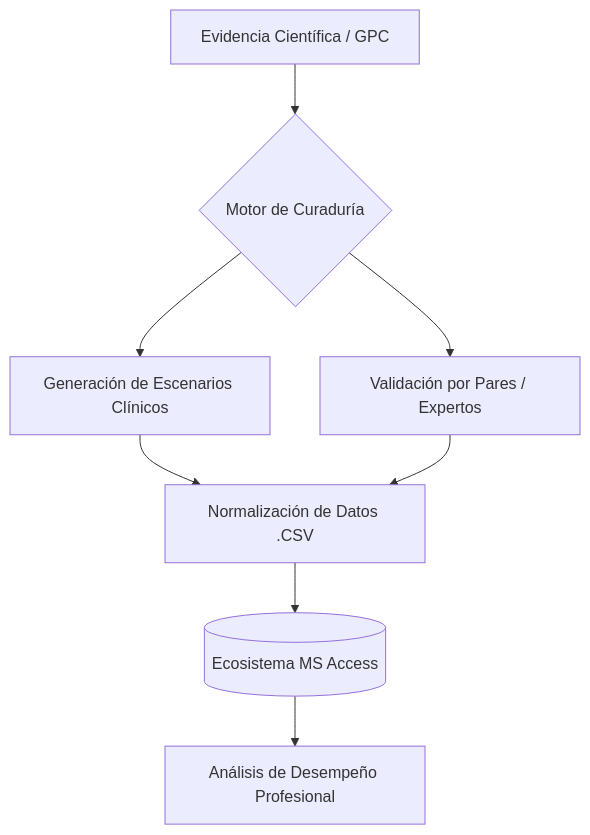
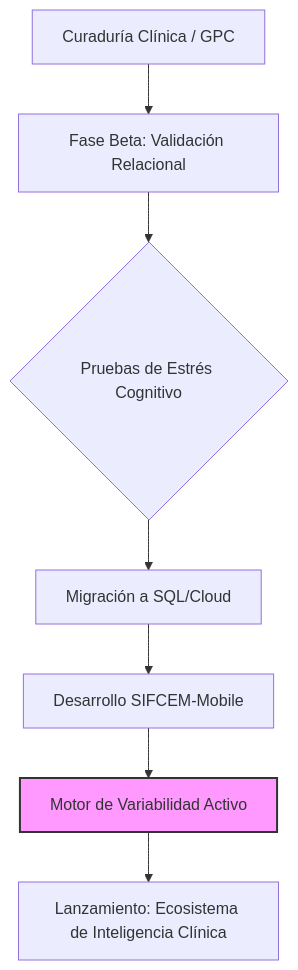
The diagram in README.md (Martin-Munive/RESIDENCIA_Q-R), drawn with Mermaid before and after one commit. The commit also changed other lines of this file and 1 other file, not shown here.

````diff
--- a/README.md
+++ b/README.md
@@ -39,9 +46,10 @@
 ```mermaid
 graph TD
-    A[Evidencia Científica / GPC] --> B{Motor de Curaduría}
-    B --> C[Generación de Escenarios Clínicos]
-    B --> D[Validación por Pares / Expertos]
-    C & D --> E[Normalización de Datos .CSV]
-    E --> F[(Ecosistema MS Access)]
-    F --> G[Análisis de Desempeño Profesional]
+    A[Curaduría Clínica / GPC] --> B[Fase Beta: Validación Relacional]
+    B --> C{Pruebas de Estrés Cognitivo}
+    C --> D[Migración a SQL/Cloud]
+    D --> E[Desarrollo SIFCEM-Mobile]
+    E --> F[Motor de Variabilidad Activo]
+    F --> G[Lanzamiento: Ecosistema de Inteligencia Clínica]
+    style F fill:#f9f,stroke:#333,stroke-width:2px
 ```
````
